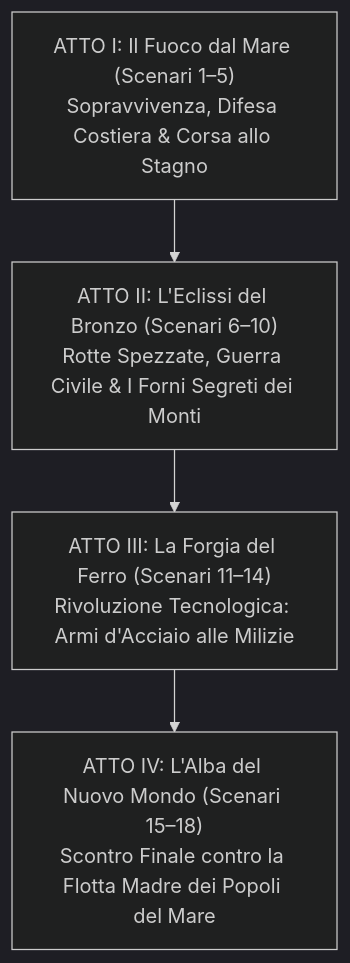
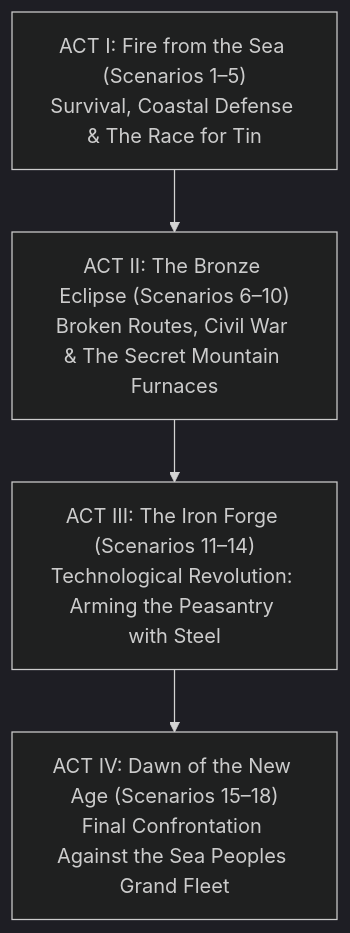
Before and after one commit to lhackyup/ashes-of-bronze: the diagram in docs/story_and_lore_document.md, drawn with Mermaid (dark theme). The commit also changed other lines of this file and 8 other files, not shown here.

````diff
--- a/docs/story_and_lore_document.md
+++ b/docs/story_and_lore_document.md
@@ -41,9 +41,9 @@
 ```mermaid
 flowchart TD
-    Act1["ATTO I: Il Fuoco dal Mare (Scenari 1–5)\nSopravvivenza, Difesa Costiera & Corsa allo Stagno"]
-    Act2["ATTO II: L'Eclissi del Bronzo (Scenari 6–10)\nRotte Spezzate, Guerra Civile & I Forni Segreti dei Monti"]
-    Act3["ATTO III: La Forgia del Ferro (Scenari 11–14)\nRivoluzione Tecnologica: Armi d'Acciaio alle Milizie"]
-    Act4["ATTO IV: L'Alba del Nuovo Mondo (Scenari 15–18)\nScontro Finale contro la Flotta Madre dei Popoli del Mare"]
+    Act1["ACT I: Fire from the Sea (Scenarios 1–5)\nSurvival, Coastal Defense & The Race for Tin"]
+    Act2["ACT II: The Bronze Eclipse (Scenarios 6–10)\nBroken Routes, Civil War & The Secret Mountain Furnaces"]
+    Act3["ACT III: The Iron Forge (Scenarios 11–14)\nTechnological Revolution: Arming the Peasantry with Steel"]
+    Act4["ACT IV: Dawn of the New Age (Scenarios 15–18)\nFinal Confrontation Against the Sea Peoples Grand Fleet"]
 
     Act1 --> Act2 --> Act3 --> Act4
 ```
````
